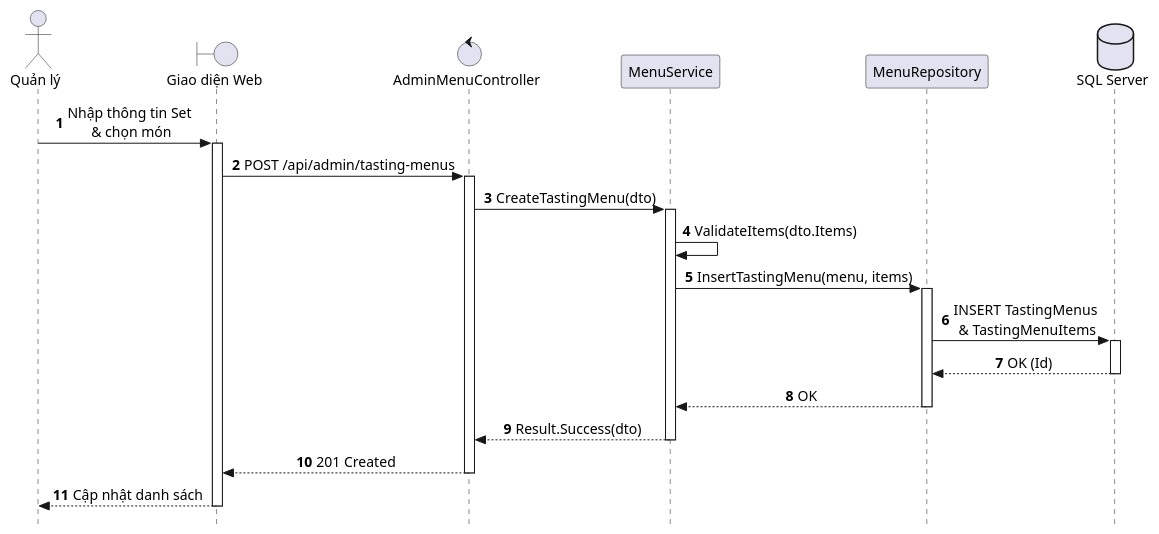
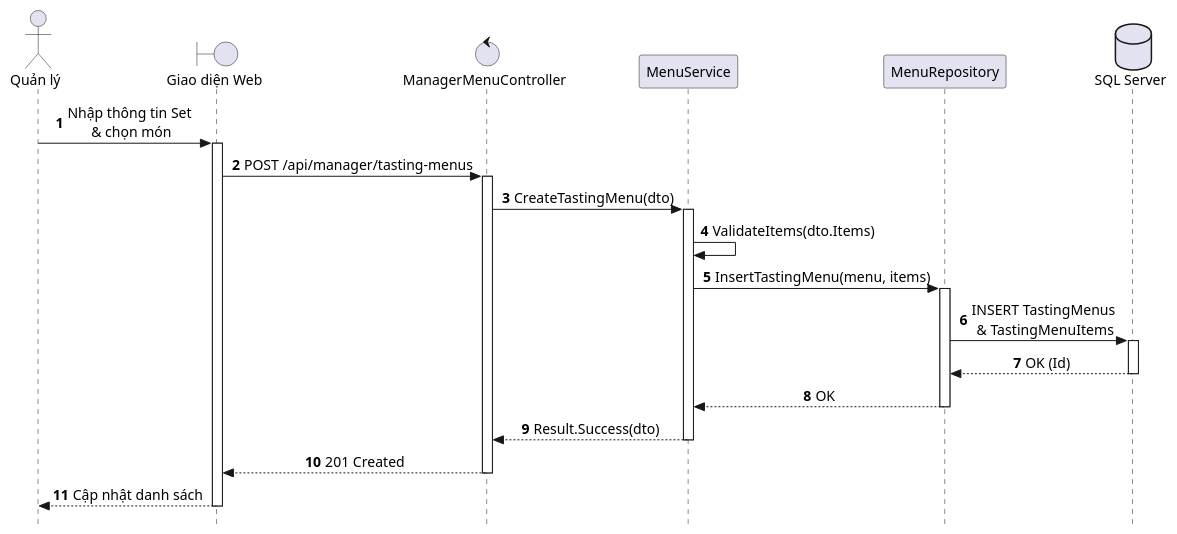
The diagram in docs/puml/sequences/SD_UC_A1_5_Create_SetMenu.puml (AndrewQng/VinDining), drawn with PlantUML before and after one commit. The commit also changed 179 other files, not shown here.

First line of the commit message:
docs: align diagrams with the analysis report

```diff
--- a/docs/puml/sequences/SD_UC_A1_5_Create_SetMenu.puml
+++ b/docs/puml/sequences/SD_UC_A1_5_Create_SetMenu.puml
@@ -1,47 +1,47 @@
 @startuml SD_UC_A1_5_Create_SetMenu
 autonumber
 skinparam style strictuml
 skinparam sequenceMessageAlign center
 skinparam responseMessageBelowArrow true
 skinparam defaultFontName "Segoe UI", Arial, sans-serif
 skinparam defaultFontSize 14
 
 actor "Quản lý" as Manager
 boundary "Giao diện Web" as UI
-control "AdminMenuController" as Controller
+control "ManagerMenuController" as Controller
 participant "MenuService" as Service
 participant "MenuRepository" as Repo
 database "SQL Server" as DB
 
 Manager -> UI: Nhập thông tin Set \n& chọn món
 activate UI
 
-UI -> Controller: POST /api/admin/tasting-menus
+UI -> Controller: POST /api/manager/tasting-menus
 activate Controller
 
 Controller -> Service: CreateTastingMenu(dto)
 activate Service
 
 Service -> Service: ValidateItems(dto.Items)
 
 Service -> Repo: InsertTastingMenu(menu, items)
 activate Repo
 
 Repo -> DB: INSERT TastingMenus \n& TastingMenuItems
 activate DB
 DB --> Repo: OK (Id)
 deactivate DB
 
 Repo --> Service: OK
 deactivate Repo
 
 Service --> Controller: Result.Success(dto)
 deactivate Service
 
 Controller --> UI: 201 Created
 deactivate Controller
 
 UI --> Manager: Cập nhật danh sách
 deactivate UI
 
 @enduml
```
